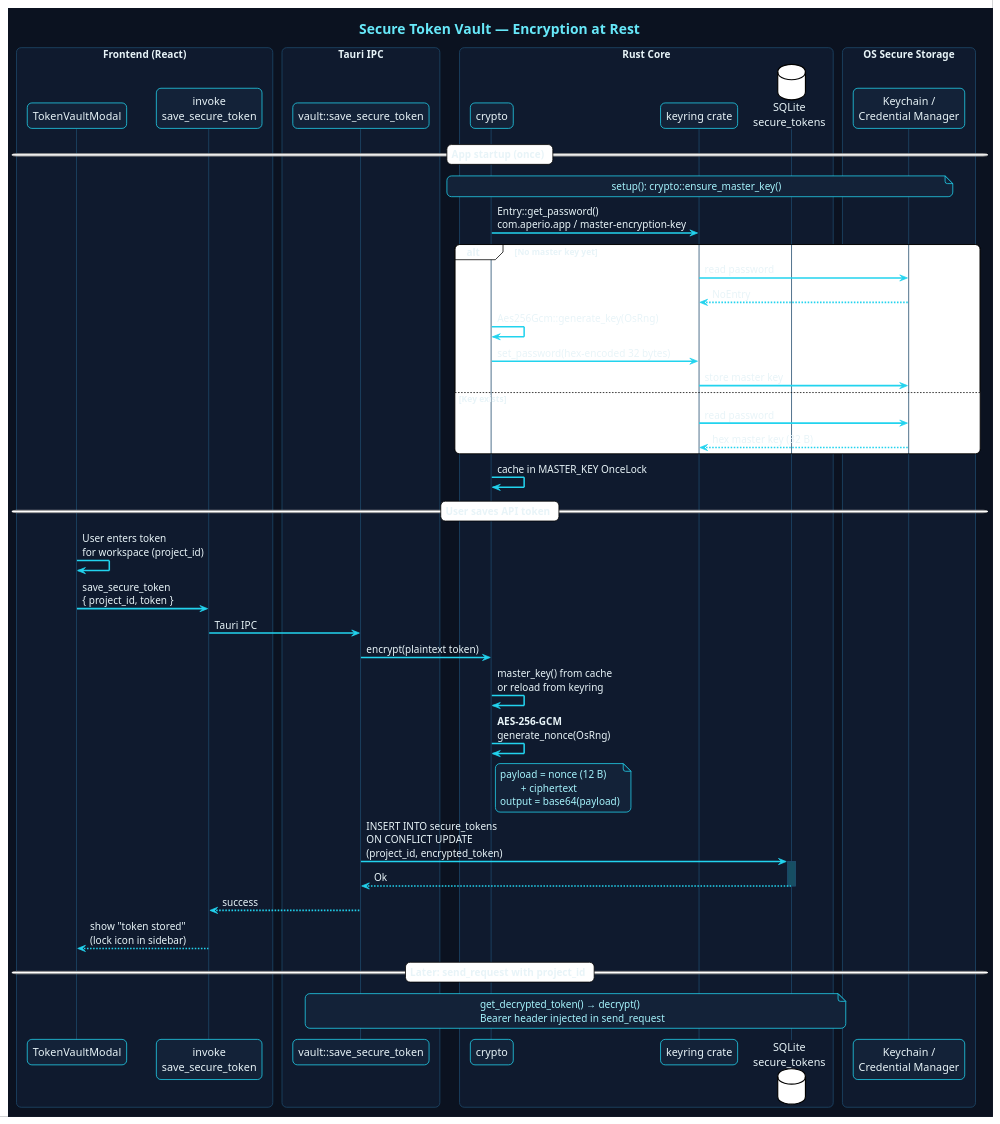
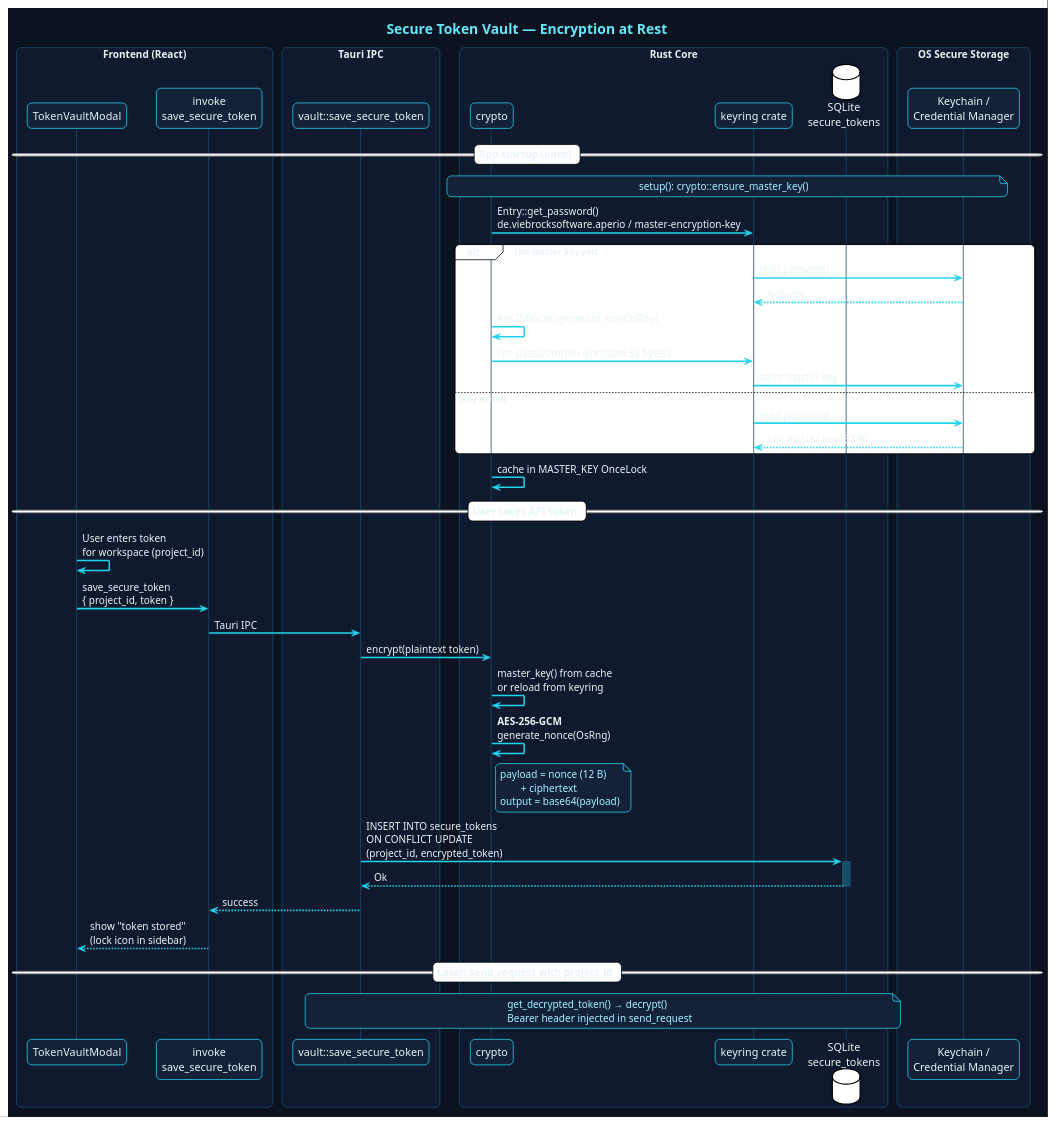
The diagram in docs/diagrams/secure_token_vault.puml (codeisconquer/Aperio), drawn with PlantUML before and after one commit. The commit also changed 56 other files, not shown here.

```diff
--- a/docs/diagrams/secure_token_vault.puml
+++ b/docs/diagrams/secure_token_vault.puml
@@ -1,90 +1,90 @@
 @startuml secure_token_vault
 ' Aperio — secure token vault (OS keychain + AES-GCM + SQLite)
 title Secure Token Vault — Encryption at Rest
 
 !theme plain
 skinparam backgroundColor #0B1220
 skinparam shadowing false
 skinparam roundcorner 12
 skinparam defaultFontName Helvetica
 skinparam defaultFontColor #E8F4F8
 skinparam titleFontColor #67E8F9
 skinparam titleFontSize 18
 skinparam sequenceArrowThickness 2
 skinparam sequenceArrowColor #22D3EE
 skinparam sequenceLifeLineBorderColor #1E4A6B
 skinparam sequenceParticipantBorderColor #22D3EE
 skinparam sequenceParticipantBackgroundColor #132238
 skinparam sequenceParticipantFontColor #E8F4F8
 skinparam sequenceBoxBorderColor #1E4A6B
 skinparam sequenceBoxBackgroundColor #0F1A2E
 skinparam noteBackgroundColor #132238
 skinparam noteBorderColor #22D3EE
 skinparam noteFontColor #A5F3FC
 
 box "Frontend (React)" #0F1A2E
   participant "TokenVaultModal" as UI
   participant "invoke\nsave_secure_token" as IPC_FE
 end box
 
 box "Tauri IPC" #0F1A2E
   participant "vault::save_secure_token" as IPC
 end box
 
 box "Rust Core" #0F1A2E
   participant "crypto" as CRYPTO
   participant "keyring crate" as KEYRING
   database "SQLite\nsecure_tokens" as DB
 end box
 
 box "OS Secure Storage" #0F1A2E
   participant "Keychain /\nCredential Manager" as OS
 end box
 
 == App startup (once) ==
 note over CRYPTO, OS
   setup(): crypto::ensure_master_key()
 end note
-CRYPTO -> KEYRING : Entry::get_password()\ncom.aperio.app / master-encryption-key
+CRYPTO -> KEYRING : Entry::get_password()\nde.viebrocksoftware.aperio / master-encryption-key
 alt No master key yet
   KEYRING -> OS : read password
   OS --> KEYRING : NoEntry
   CRYPTO -> CRYPTO : Aes256Gcm::generate_key(OsRng)
   CRYPTO -> KEYRING : set_password(hex-encoded 32 bytes)
   KEYRING -> OS : store master key
 else Key exists
   KEYRING -> OS : read password
   OS --> KEYRING : hex master key (32 B)
 end
 CRYPTO -> CRYPTO : cache in MASTER_KEY OnceLock
 
 == User saves API token ==
 UI -> UI : User enters token\nfor workspace (project_id)
 UI -> IPC_FE : save_secure_token\n{ project_id, token }
 IPC_FE -> IPC : Tauri IPC
 
 IPC -> CRYPTO : encrypt(plaintext token)
 
 CRYPTO -> CRYPTO : master_key() from cache\nor reload from keyring
 CRYPTO -> CRYPTO : **AES-256-GCM**\ngenerate_nonce(OsRng)
 note right of CRYPTO
   payload = nonce (12 B)
           + ciphertext
   output = base64(payload)
 end note
 
 IPC -> DB : INSERT INTO secure_tokens\nON CONFLICT UPDATE\n(project_id, encrypted_token)
 activate DB #164E63
 DB --> IPC : Ok
 deactivate DB
 
 IPC --> IPC_FE : success
 IPC_FE --> UI : show "token stored"\n(lock icon in sidebar)
 
 == Later: send_request with project_id ==
 note over IPC, DB
   get_decrypted_token() → decrypt()
   Bearer header injected in send_request
 end note
 
 @enduml
```
